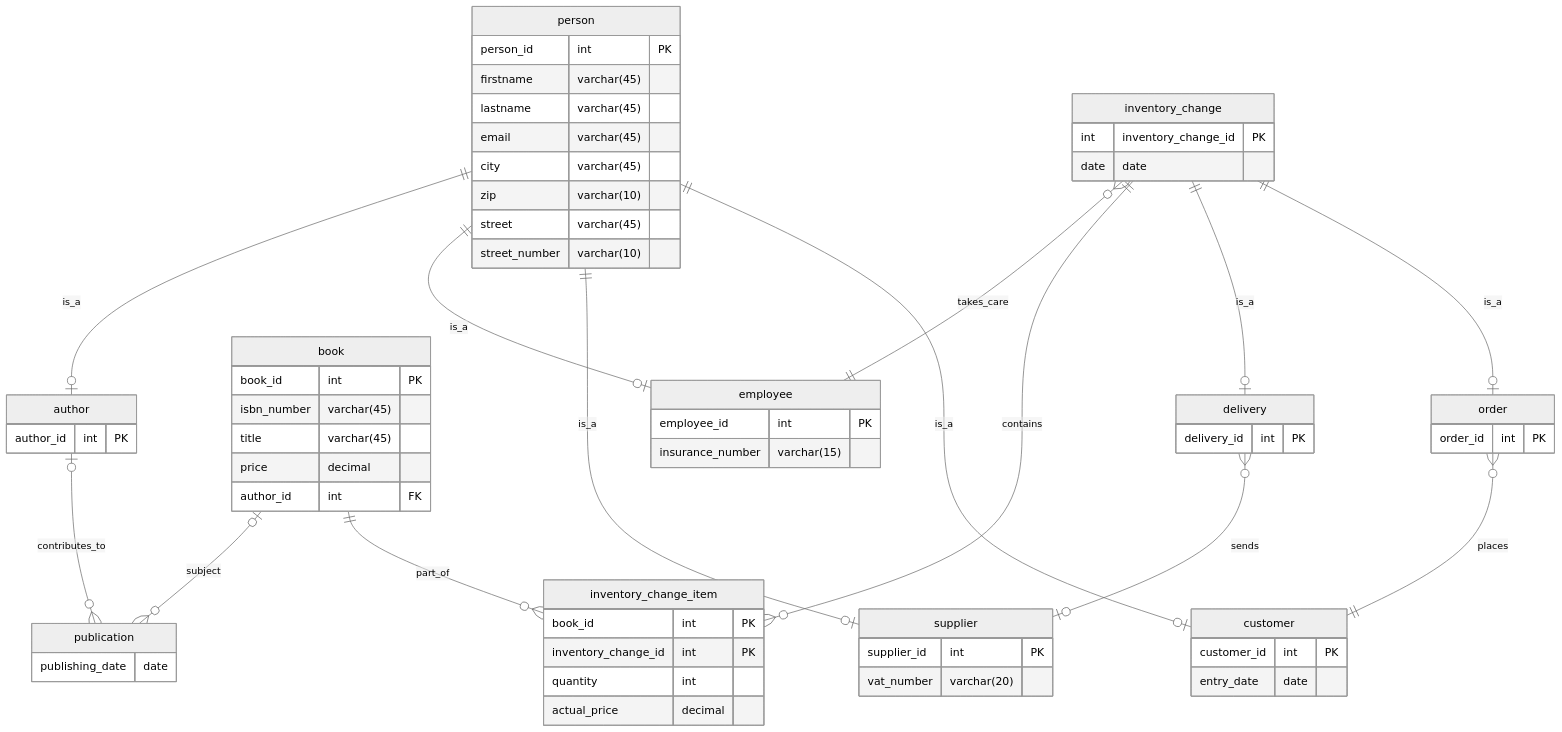
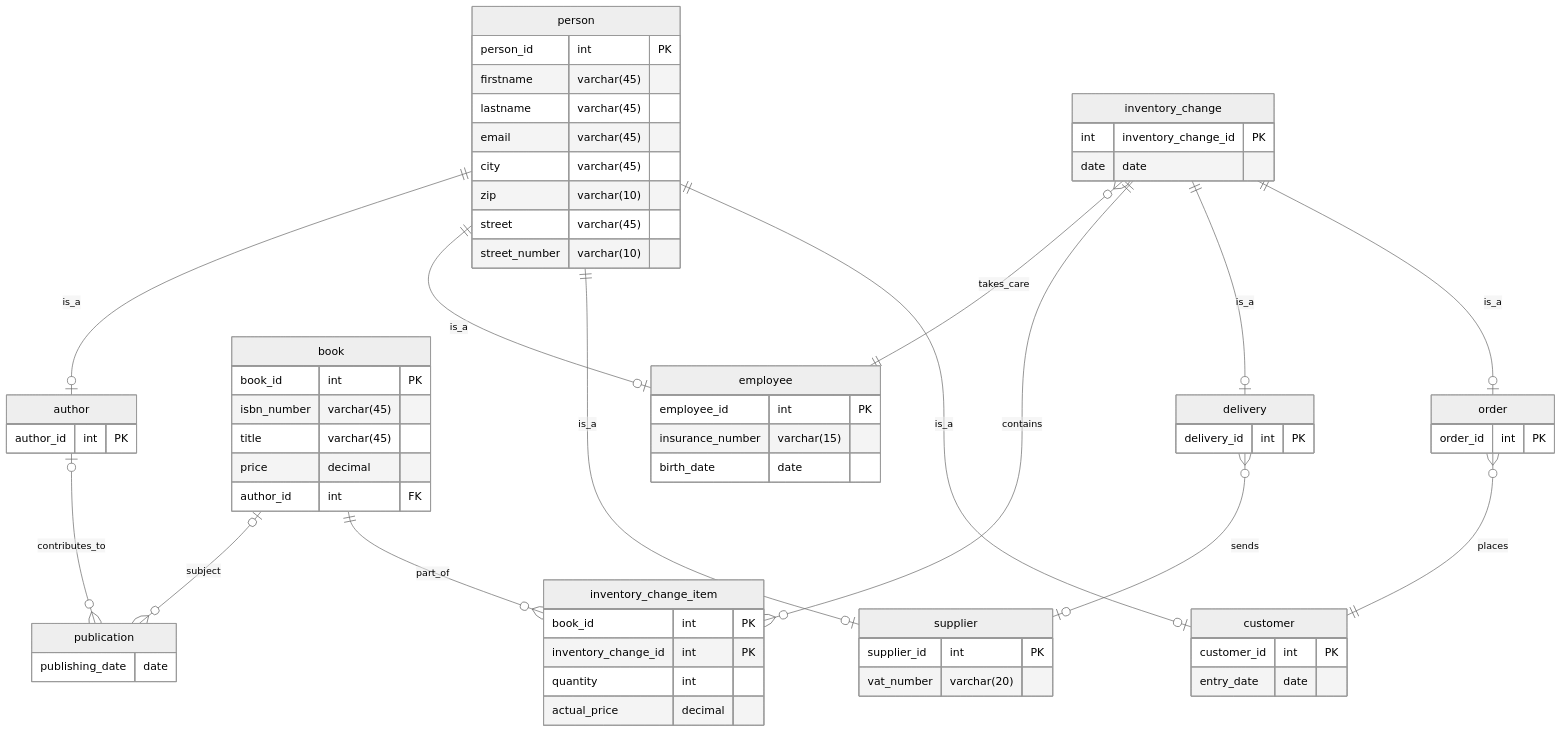
The third of 3 diagrams in docs_source/solutions/mt_bookstore.md (mckoh/data-book), drawn with Mermaid (neutral theme) before and after one commit.

Commit message:
added missing attribute

```diff
--- a/docs_source/solutions/mt_bookstore.md
+++ b/docs_source/solutions/mt_bookstore.md
@@ -264,6 +264,7 @@
     employee {
         employee_id int PK
         insurance_number varchar(15)
+        birth_date date
     }
 
     supplier {
```
